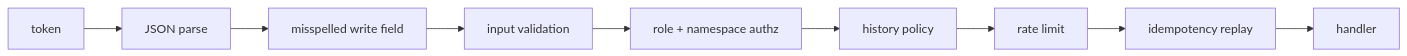
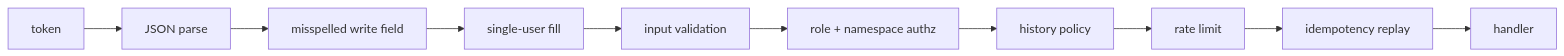
One commit to ClickHouse/loom changed the diagram in docs/reference/http-api.md. Above: the diagram before and after it, drawn with Mermaid. The commit also changed other lines of this file and 57 other files, not shown here.

First line of the commit message:
A single-user HTTP call with no token runs in the install's org and namespace when it names none (#576)

````diff
--- a/docs/reference/http-api.md
+++ b/docs/reference/http-api.md
@@ -174,6 +196,6 @@
 ```mermaid
 flowchart LR
-  A["token"] --> B["JSON parse"] --> C["misspelled write field"] --> D["input validation"]
+  A["token"] --> B["JSON parse"] --> C["misspelled write field"] --> C2["single-user fill"] --> D["input validation"]
   D --> E["role + namespace authz"] --> F["history policy"] --> G["rate limit"]
   G --> H["idempotency replay"] --> I["handler"]
 ```
````
